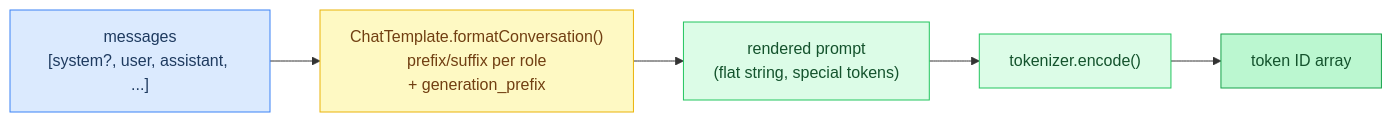
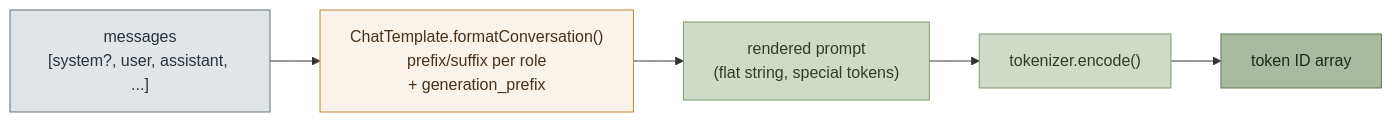
The first of 8 diagrams in docs/tutorial/15-chat-templates.md (maci0/agave), drawn with Mermaid before and after one commit. The commit also changed other lines of this file and 198 other files, not shown here.

Commit message:
docs: re-theme diagram palette to the product ink ramp

````diff
--- a/docs/tutorial/15-chat-templates.md
+++ b/docs/tutorial/15-chat-templates.md
@@ -13,15 +13,15 @@
 ```mermaid
 flowchart LR
-    classDef setup     fill:#dbeafe,stroke:#3b82f6,color:#1e3a5f
-    classDef sync      fill:#dcfce7,stroke:#22c55e,color:#14532d
-    classDef migration fill:#fef9c3,stroke:#eab308,color:#713f12
-    classDef success   fill:#bbf7d0,stroke:#16a34a,color:#14532d
+    classDef setup     fill:#e2e5e8,stroke:#5f7480,color:#25333a
+    classDef sync      fill:#d0dac9,stroke:#7d9b6a,color:#2f3f26
+    classDef migration fill:#f9f3ea,stroke:#c4823a,color:#4a3116
+    classDef success   fill:#a9ba9e,stroke:#5f7f4c,color:#1e2b18
 
     Msgs["messages\n[system?, user, assistant, ...]"]:::setup
     Fmt["ChatTemplate.formatConversation()\nprefix/suffix per role\n+ generation_prefix"]:::migration
     Prompt["rendered prompt\n(flat string, special tokens)"]:::sync
     Tok["tokenizer.encode()"]:::sync
     Ids["token ID array"]:::success
 
     Msgs --> Fmt --> Prompt --> Tok --> Ids
 ```
````
